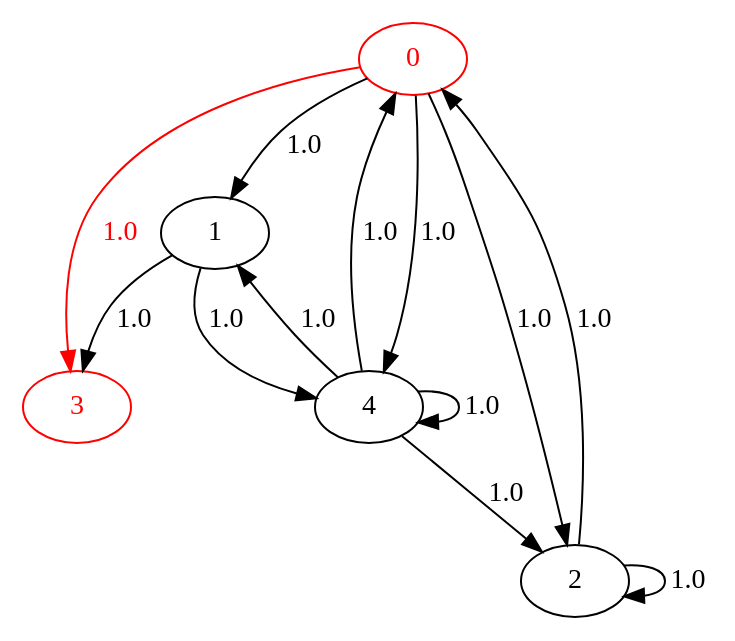
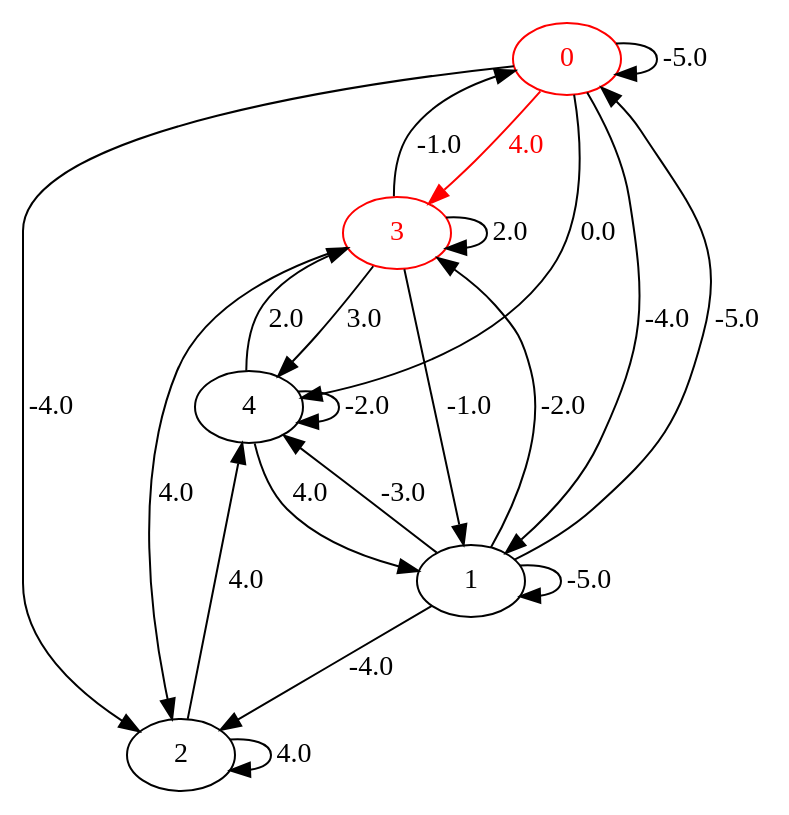
Before and after one commit to Valba31/S2.02: the diagram in output/graphviz_output.gv, drawn with Graphviz. The commit also changed 3 other files, not shown here.

Commit message:
Refactor graph algorithms import in matrix_to_graph.py; remove debug print statements in bellman_ford and obtenir_liste functions; update graphviz output with correct edge weights

```diff
--- a/output/graphviz_output.gv
+++ b/output/graphviz_output.gv
@@ -1,18 +1,26 @@
 strict digraph {
 	node [color=red fontcolor=red]
 	0
-	0 -> 3 [label=1.0 color=red fontcolor=red]
+	0 -> 3 [label=4.0 color=red fontcolor=red]
 	3
 	node [color=black fontcolor=black]
-	0 -> 1 [label=1.0]
-	0 -> 2 [label=1.0]
-	0 -> 4 [label=1.0]
-	1 -> 3 [label=1.0]
-	1 -> 4 [label=1.0]
-	2 -> 0 [label=1.0]
-	2 -> 2 [label=1.0]
-	4 -> 0 [label=1.0]
-	4 -> 1 [label=1.0]
-	4 -> 2 [label=1.0]
-	4 -> 4 [label=1.0]
+	0 -> 0 [label=-5.0]
+	0 -> 1 [label=-4.0]
+	0 -> 2 [label=-4.0]
+	0 -> 4 [label=0.0]
+	1 -> 0 [label=-5.0]
+	1 -> 1 [label=-5.0]
+	1 -> 2 [label=-4.0]
+	1 -> 3 [label=-2.0]
+	1 -> 4 [label=-3.0]
+	2 -> 2 [label=4.0]
+	2 -> 4 [label=4.0]
+	3 -> 0 [label=-1.0]
+	3 -> 1 [label=-1.0]
+	3 -> 2 [label=4.0]
+	3 -> 3 [label=2.0]
+	3 -> 4 [label=3.0]
+	4 -> 1 [label=4.0]
+	4 -> 3 [label=2.0]
+	4 -> 4 [label=-2.0]
 }
```
